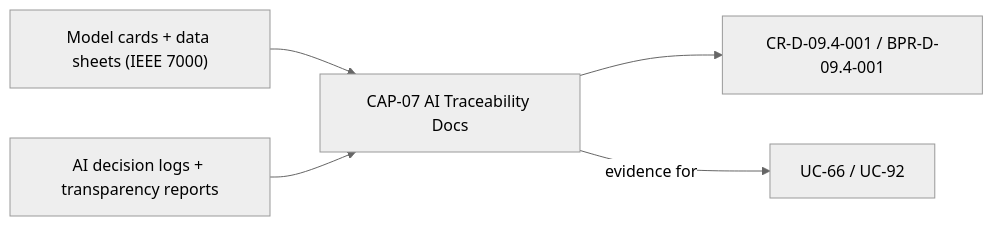
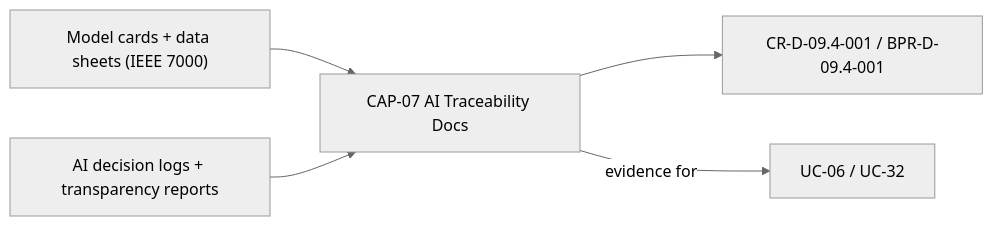
One commit to pauloribeiro16/Methodology_compact changed diagram 57 of 60 in 02_CASES/Case_03_OmniBank_Financial/03_PHASE3_DECOMPOSITION/Doc32_Process_Capability_Cards.md. Above: the diagram before and after it, drawn with Mermaid (neutral theme). The commit also changed other lines of this file and 23 other files, not shown here.

````diff
--- a/02_CASES/Case_03_OmniBank_Financial/03_PHASE3_DECOMPOSITION/Doc32_Process_Capability_Cards.md
+++ b/02_CASES/Case_03_OmniBank_Financial/03_PHASE3_DECOMPOSITION/Doc32_Process_Capability_Cards.md
@@ -1269,7 +1272,7 @@
 ```mermaid
 graph LR
     CAP["CAP-07 AI Traceability Docs"] --> R1["CR-D-09.4-001 / BPR-D-09.4-001"]
     P1["Model cards + data sheets (IEEE 7000)"] --> CAP
     P2["AI decision logs + transparency reports"] --> CAP
-    CAP -->|"evidence for"| PROC39["UC-66 / UC-92"]
+    CAP -->|"evidence for"| PROC39["UC-06 / UC-32"]
 ```
````
